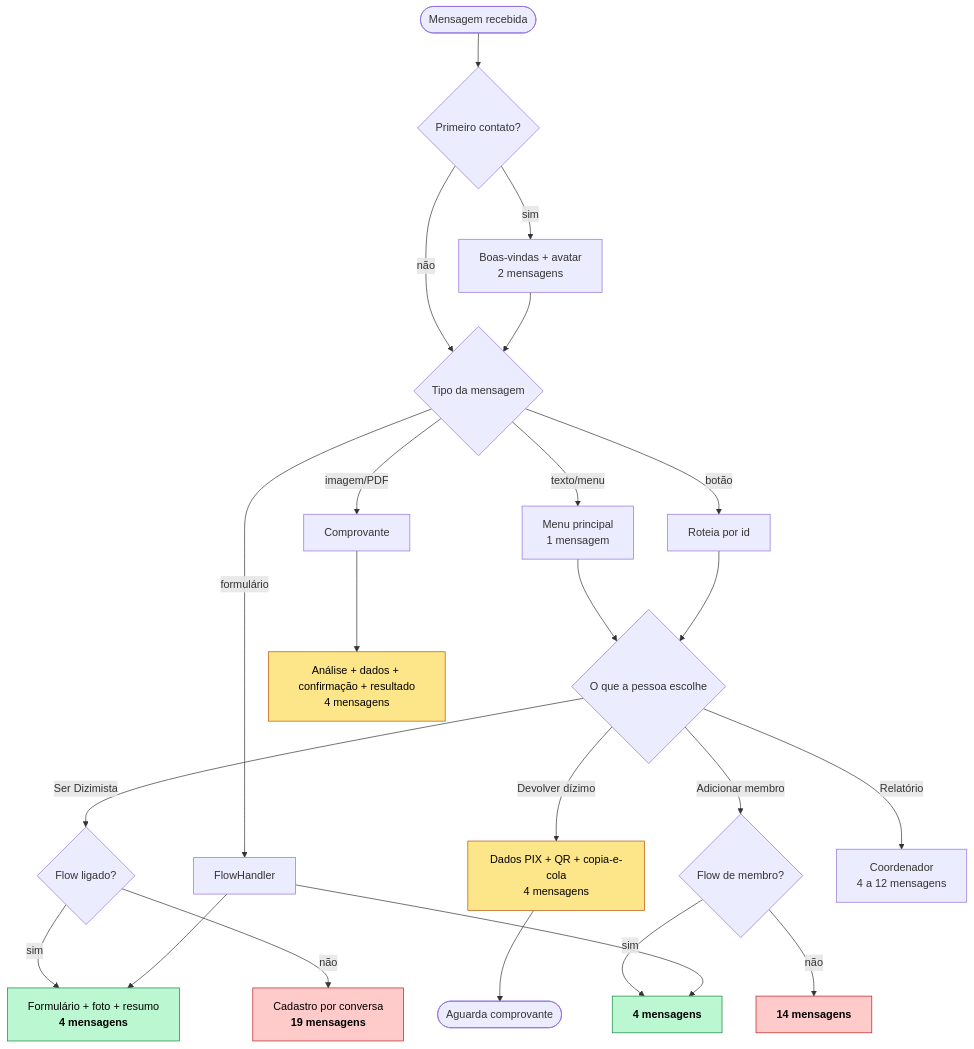
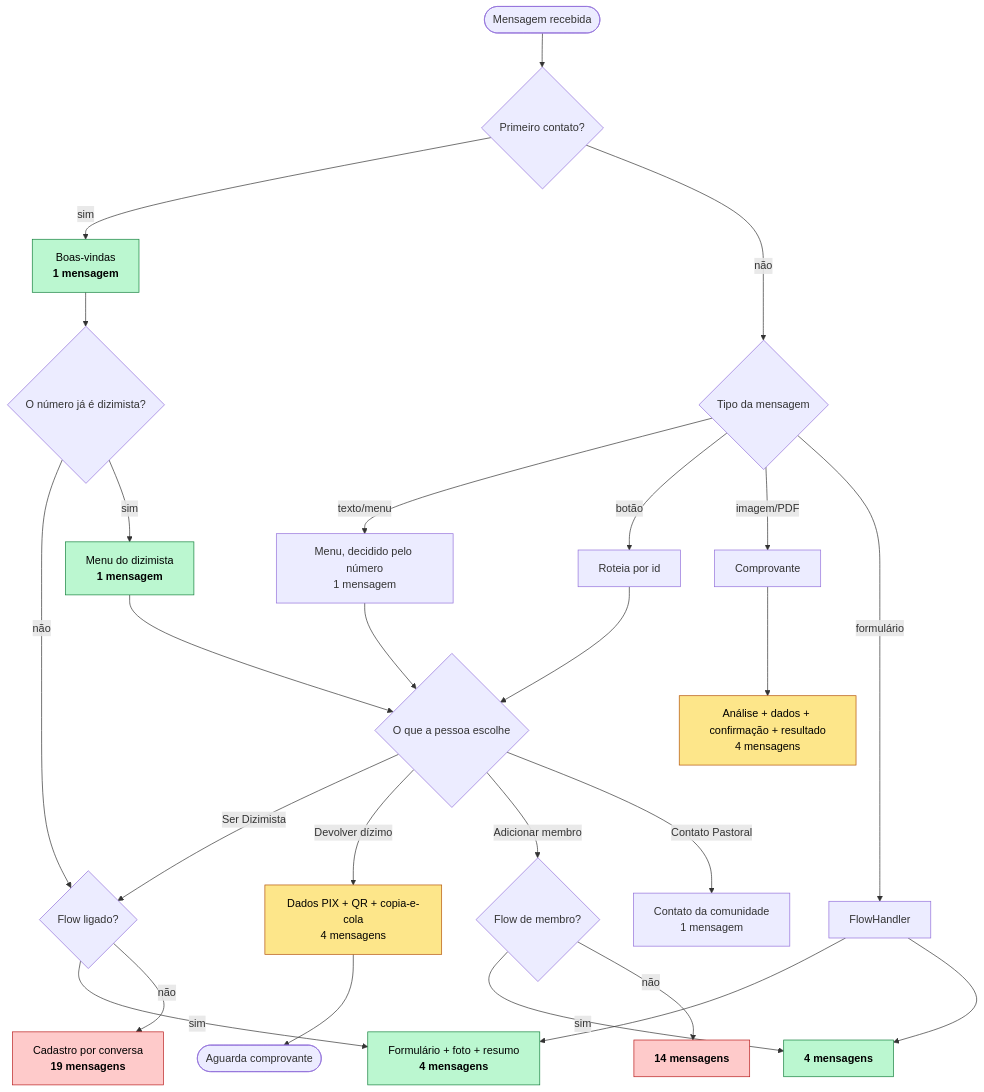
Before and after one commit to ewertonlvale/meu-dizimo-aparecida: the first of 4 diagrams in Documentação/FLUXOS.md, drawn with Mermaid. The commit also changed other lines of this file and 8 other files, not shown here.

````diff
--- a/Documentação/FLUXOS.md
+++ b/Documentação/FLUXOS.md
@@ -36,39 +39,45 @@
 ```mermaid
 flowchart TD
     A([Mensagem recebida]) --> B{Primeiro contato?}
-    B -- sim --> C["Boas-vindas + avatar<br/>2 mensagens"]
-    B -- não --> D
-    C --> D{Tipo da mensagem}
+    B -- sim --> C["Boas-vindas<br/><b>1 mensagem</b>"]
+    C --> T{O número já é dizimista?}
+    B -- não --> D{Tipo da mensagem}
 
-    D -- texto/menu --> E["Menu principal<br/>1 mensagem"]
+    T -- não --> J
+    T -- sim --> U["Menu do dizimista<br/><b>1 mensagem</b>"]
+
+    D -- texto/menu --> E["Menu, decidido pelo número<br/>1 mensagem"]
     D -- botão --> F[Roteia por id]
     D -- imagem/PDF --> G[Comprovante]
     D -- formulário --> H[FlowHandler]
 
     E --> I{O que a pessoa escolhe}
     F --> I
+    U --> I
 
     I -- Ser Dizimista --> J{Flow ligado?}
     J -- sim --> K["Formulário + foto + resumo<br/><b>4 mensagens</b>"]
     J -- não --> L["Cadastro por conversa<br/><b>19 mensagens</b>"]
 
     I -- Devolver dízimo --> M["Dados PIX + QR + copia-e-cola<br/>4 mensagens"]
     M --> N([Aguarda comprovante])
     G --> O["Análise + dados + confirmação + resultado<br/>4 mensagens"]
 
     I -- Adicionar membro --> P{Flow de membro?}
     P -- sim --> Q["<b>4 mensagens</b>"]
     P -- não --> R["<b>14 mensagens</b>"]
 
-    I -- Relatório --> S["Coordenador<br/>4 a 12 mensagens"]
+    I -- Contato Pastoral --> S2["Contato da comunidade<br/>1 mensagem"]
 
     H --> K
     H --> Q
 
     style M fill:#fde68a,stroke:#b45309,color:#000
     style O fill:#fde68a,stroke:#b45309,color:#000
     style L fill:#fecaca,stroke:#b91c1c,color:#000
     style R fill:#fecaca,stroke:#b91c1c,color:#000
     style K fill:#bbf7d0,stroke:#15803d,color:#000
     style Q fill:#bbf7d0,stroke:#15803d,color:#000
+    style C fill:#bbf7d0,stroke:#15803d,color:#000
+    style U fill:#bbf7d0,stroke:#15803d,color:#000
 ```
````
